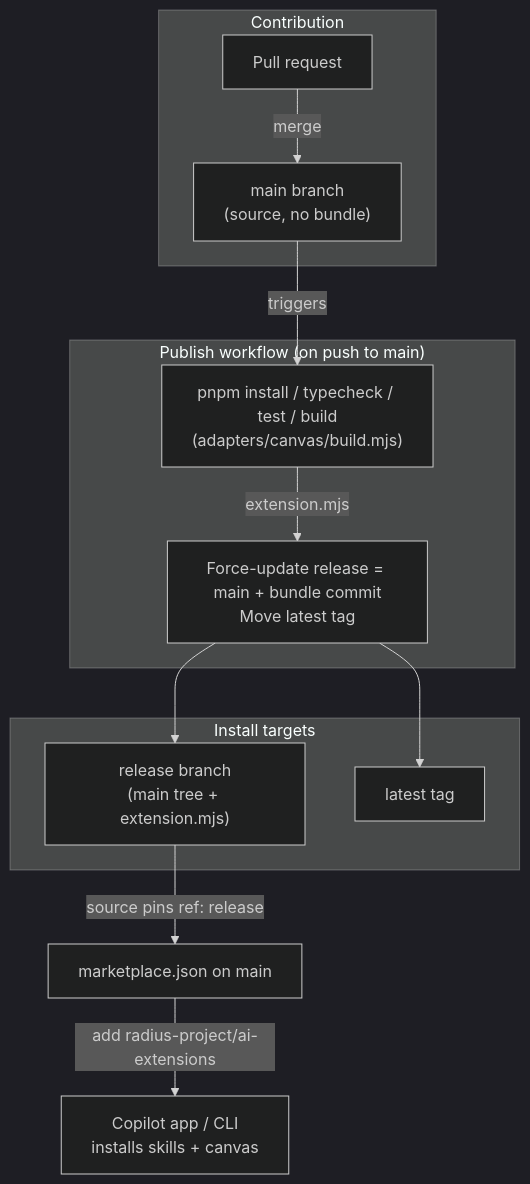
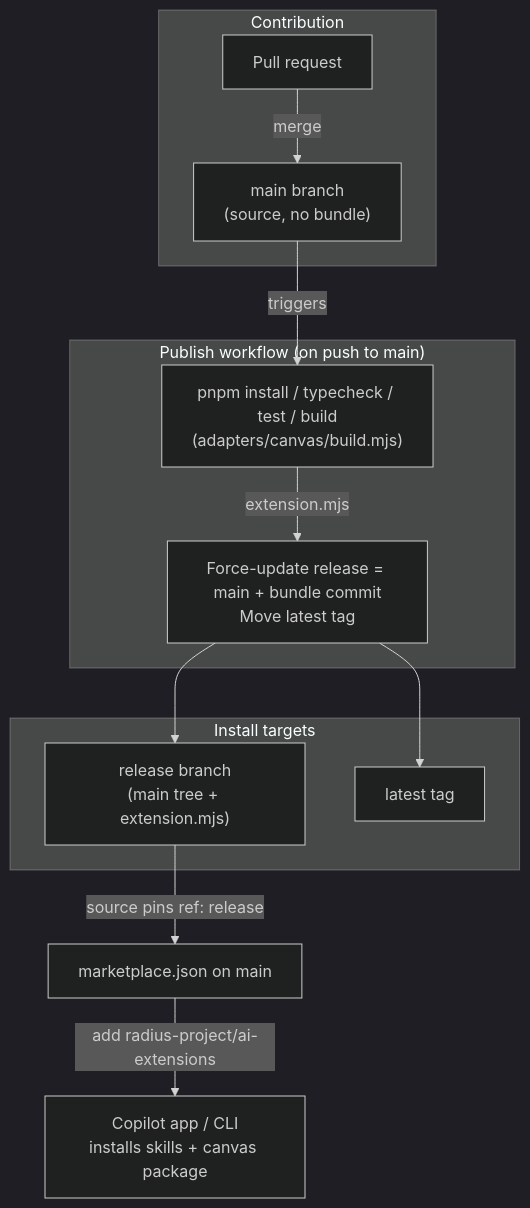
One commit to radius-project/ai-extensions changed the diagram in docs/design/2026-07-canvas-bundle-publishing.md. Above: the diagram before and after it, drawn with Mermaid (dark theme). The commit also changed other lines of this file, not shown here.

First line of the commit message:
docs: align canvas-bundle design doc with branch and scope

````diff
--- a/docs/design/2026-07-canvas-bundle-publishing.md
+++ b/docs/design/2026-07-canvas-bundle-publishing.md
@@ -87,24 +90,24 @@
 ```mermaid
 graph TD
     subgraph Dev["Contribution"]
         PR["Pull request"] -->|merge| Main["main branch<br/>(source, no bundle)"]
     end
 
     subgraph CI["Publish workflow (on push to main)"]
         Build["pnpm install / typecheck / test / build<br/>(adapters/canvas/build.mjs)"]
         Publish["Force-update release = main + bundle commit<br/>Move latest tag"]
     end
 
     subgraph Published["Install targets"]
         Release["release branch<br/>(main tree + extension.mjs)"]
         Latest["latest tag"]
     end
 
     Main -->|triggers| Build
     Build -->|extension.mjs| Publish
     Publish --> Release
     Publish --> Latest
 
     Release -->|source pins ref: release| MP["marketplace.json on main"]
-    MP -->|add radius-project/ai-extensions| App["Copilot app / CLI<br/>installs skills + canvas"]
+    MP -->|add radius-project/ai-extensions| App["Copilot app / CLI<br/>installs skills + canvas package"]
 ```
````
